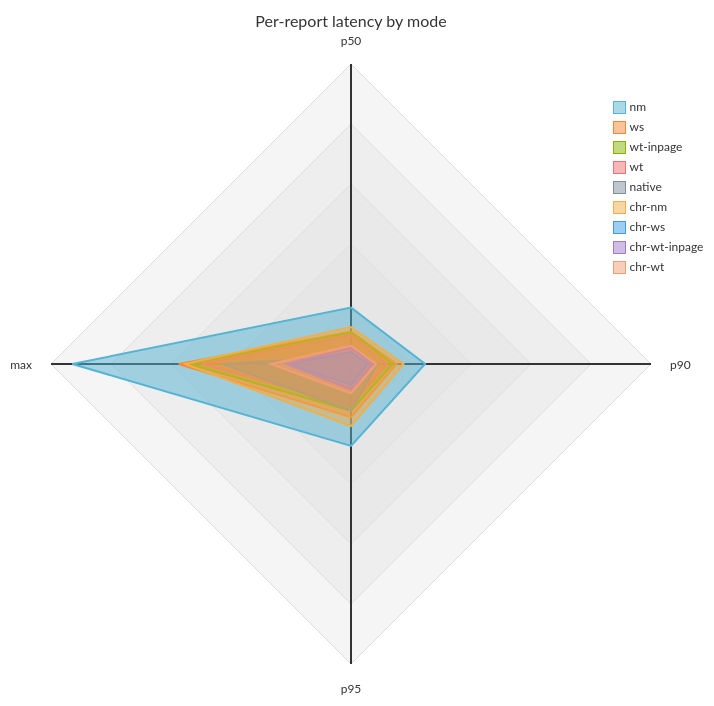
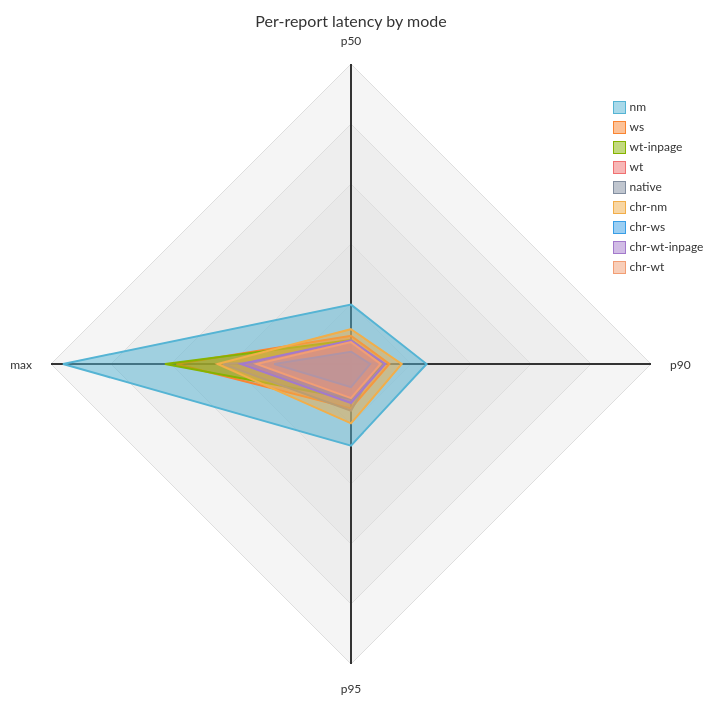
The fifth of 6 diagrams in docs/BENCHMARK.md (K4zoku/FF-WebHID), drawn with Mermaid before and after one commit. The commit also changed other lines of this file, not shown here.

````diff
--- a/docs/BENCHMARK.md
+++ b/docs/BENCHMARK.md
@@ -225,30 +229,30 @@
 ```mermaid
 ---
 config:
   themeVariables:
     cScale0: '#55b4d4'
     cScale1: '#fa8532'
     cScale2: '#86b300'
     cScale3: '#f07171'
     cScale4: '#828e9f'
     cScale5: '#f2ae49'
     cScale6: '#399ee6'
     cScale7: '#a37acc'
     cScale8: '#f29e74'
 ---
 radar-beta
   title Per-report latency by mode
   axis p50["p50"], p90["p90"], p95["p95"], mx["max"]
-  curve nm["nm"]{1.88, 2.47, 2.73, 9.29}
-  curve ws["ws"]{1.08, 1.52, 1.77, 5.74}
-  curve wtip["wt-inpage"]{1.06, 1.39, 1.56, 5.38}
-  curve wt["wt"]{0.96, 1.20, 1.36, 4.97}
+  curve nm["nm"]{1.98, 2.52, 2.72, 9.60}
+  curve ws["ws"]{0.94, 1.28, 1.48, 5.82}
+  curve wtip["wt-inpage"]{0.80, 1.06, 1.16, 6.20}
+  curve wt["wt"]{0.74, 0.96, 1.06, 3.64}
   curve nat["native"]{0.26, 0.87, 1.56, 4.27}
-  curve chrnm["chr-nm"]{1.23, 1.75, 2.07, 5.54}
-  curve chrws["chr-ws"]{0.40, 0.56, 0.69, 2.09}
-  curve chrwti["chr-wt-inpage"]{0.54, 0.73, 0.84, 2.15}
-  curve chrwt["chr-wt"]{0.61, 0.84, 0.98, 2.67}
+  curve chrnm["chr-nm"]{1.16, 1.69, 1.98, 4.45}
+  curve chrws["chr-ws"]{0.41, 0.64, 0.77, 2.56}
+  curve chrwti["chr-wt-inpage"]{0.79, 1.14, 1.30, 3.67}
+  curve chrwt["chr-wt"]{0.73, 0.99, 1.14, 3.15}
   graticule polygon
   max 10
   min 0
 ```
````
